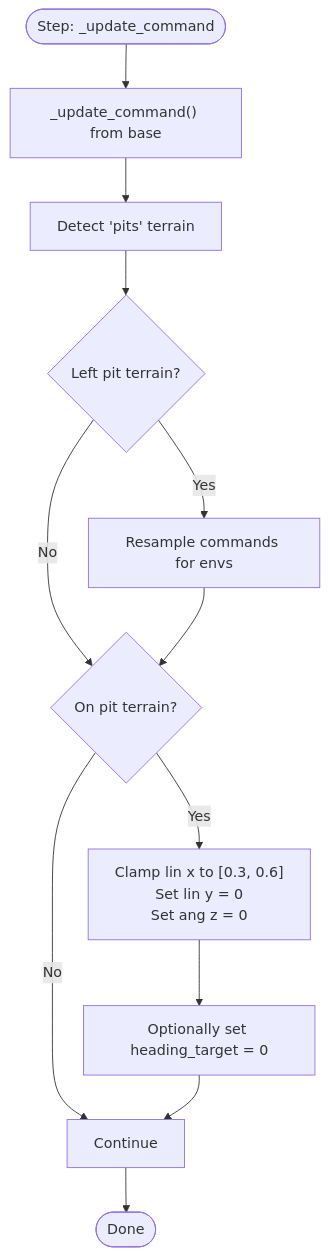
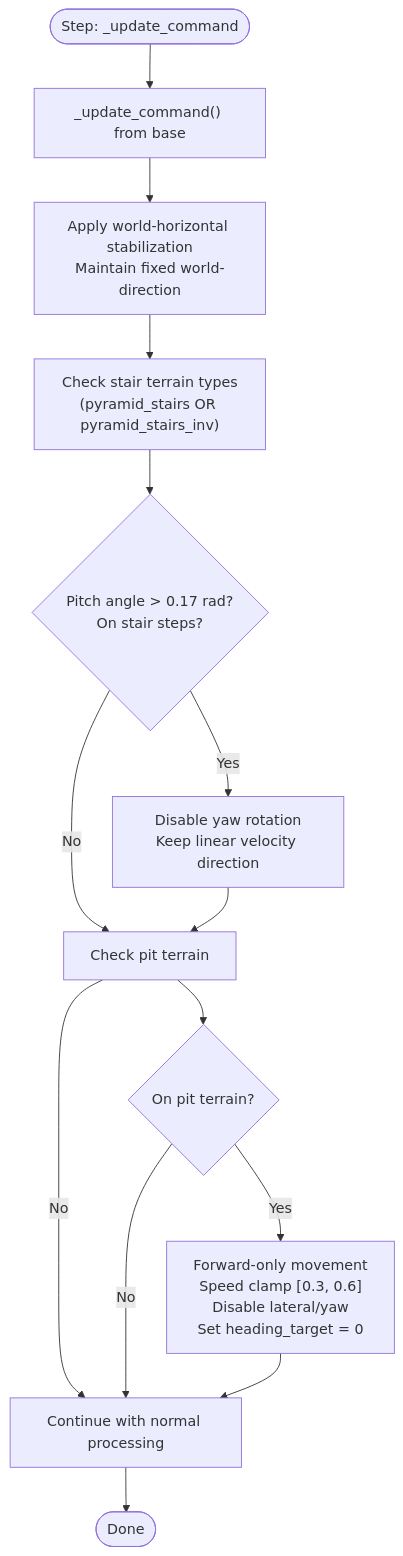
One commit to jayjayhust/robot_lab changed the third of 4 diagrams in .qoder/repowiki/en/content/Task Configuration Framework/Velocity-Based Locomotion Tasks/Command Generation and Tracking.md. Above: the diagram before and after it, drawn with Mermaid. The commit also changed other lines of this file and 21 other files, not shown here.

````diff
--- a/.qoder/repowiki/en/content/Task Configuration Framework/Velocity-Based Locomotion Tasks/Command Generation and Tracking.md
+++ b/.qoder/repowiki/en/content/Task Configuration Framework/Velocity-Based Locomotion Tasks/Command Generation and Tracking.md
@@ -144,14 +167,16 @@
 ```mermaid
 flowchart TD
 Start(["Step: _update_command"]) --> Parent["_update_command() from base"]
-Parent --> Terrain["Detect 'pits' terrain"]
-Terrain --> Left{"Left pit terrain?"}
-Left --> |Yes| Resample["Resample commands for envs"]
-Left --> |No| OnPit{"On pit terrain?"}
-Resample --> OnPit
-OnPit --> |Yes| Restrict["Clamp lin x to [0.3, 0.6]<br/>Set lin y = 0<br/>Set ang z = 0"]
-Restrict --> Heading["Optionally set heading_target = 0"]
-OnPit --> |No| Continue["Continue"]
-Heading --> Continue
+Parent --> WorldStabilize["Apply world-horizontal stabilization<br/>Maintain fixed world-direction"]
+WorldStabilize --> StairCheck["Check stair terrain types<br/>(pyramid_stairs OR pyramid_stairs_inv)"]
+StairCheck --> StairSteps{"Pitch angle > 0.17 rad?<br/>On stair steps?"}
+StairSteps --> |Yes| DisableYaw["Disable yaw rotation<br/>Keep linear velocity direction"]
+StairSteps --> |No| PitCheck["Check pit terrain"]
+DisableYaw --> PitCheck
+PitCheck --> Pit{"On pit terrain?"}
+PitCheck --> |No| Continue["Continue with normal processing"]
+Pit --> |Yes| Restrict["Forward-only movement<br/>Speed clamp [0.3, 0.6]<br/>Disable lateral/yaw<br/>Set heading_target = 0"]
+Pit --> |No| Continue
+Restrict --> Continue
 Continue --> End(["Done"])
 ```
````
